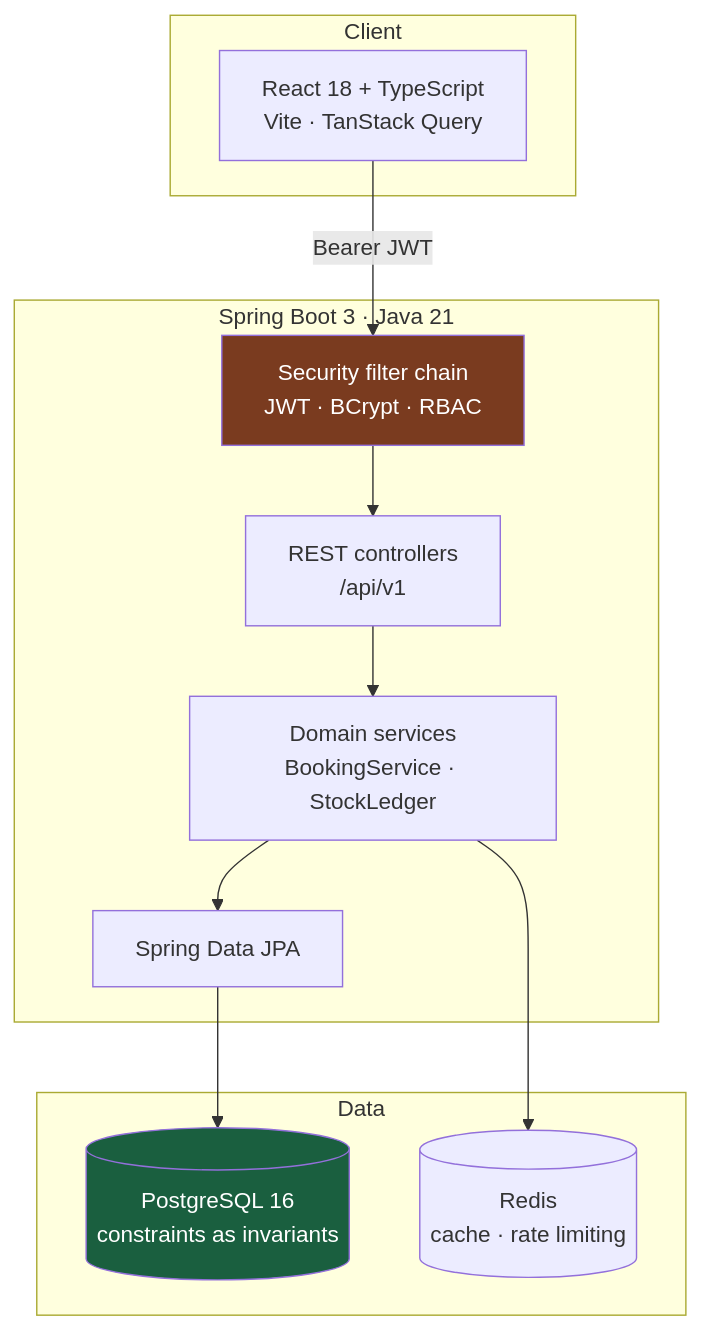
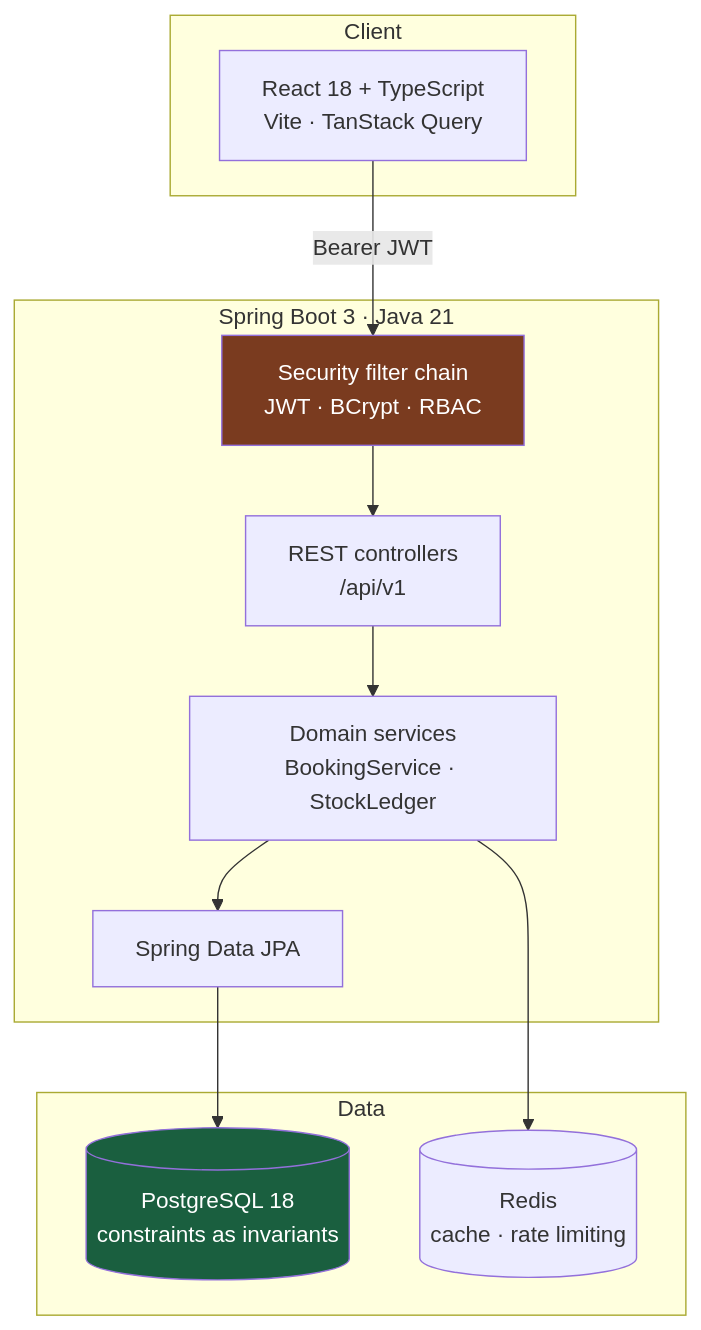
Before and after one commit to Manu-code-all/Medicity: the diagram in README.md, drawn with Mermaid. The commit also changed other lines of this file and 3 other files, not shown here.

First line of the commit message:
Test and develop on PostgreSQL 18, the version production runs

````diff
--- a/README.md
+++ b/README.md
@@ -118,25 +118,25 @@
 ```mermaid
 flowchart TB
     subgraph client [Client]
         WEB["React 18 + TypeScript<br/>Vite · TanStack Query"]
     end
 
     subgraph api [Spring Boot 3 · Java 21]
         SEC["Security filter chain<br/>JWT · BCrypt · RBAC"]
         CTL["REST controllers<br/>/api/v1"]
         SVC["Domain services<br/>BookingService · StockLedger"]
         REPO["Spring Data JPA"]
     end
 
     subgraph data [Data]
-        PG[("PostgreSQL 16<br/>constraints as invariants")]
+        PG[("PostgreSQL 18<br/>constraints as invariants")]
         RD[("Redis<br/>cache · rate limiting")]
     end
 
     WEB -->|"Bearer JWT"| SEC
     SEC --> CTL --> SVC --> REPO --> PG
     SVC --> RD
 
     style PG fill:#1a5f3f,color:#fff
     style SEC fill:#7a3b1f,color:#fff
 ```
````
